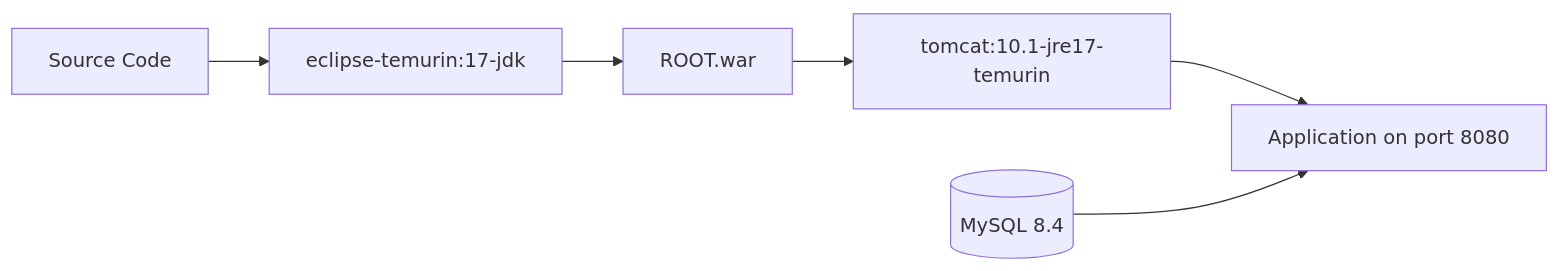
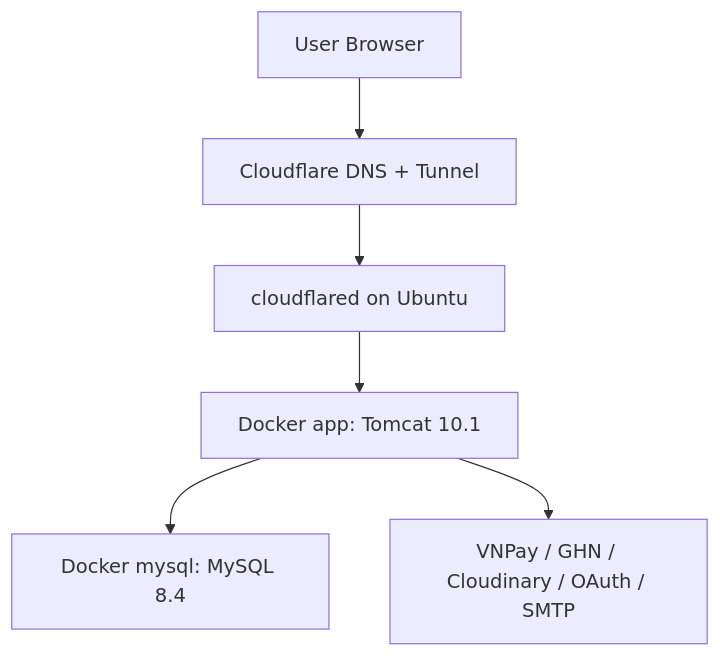
One commit to DucPhat0311/ThucTapWeb-2026 changed the second of 2 diagrams in README.md. Above: the diagram before and after it, drawn with Mermaid. The commit also changed other lines of this file, not shown here.

````diff
--- a/README.md
+++ b/README.md
@@ -368,8 +159,8 @@
 ```mermaid
-flowchart LR
-    Source[Source Code] --> Build[eclipse-temurin:17-jdk]
-    Build --> WAR[ROOT.war]
-    WAR --> Tomcat[tomcat:10.1-jre17-temurin]
-    Tomcat --> App[Application on port 8080]
-    MySQL[(MySQL 8.4)] --> App
+flowchart TD
+    User[User Browser] --> Cloudflare[Cloudflare DNS + Tunnel]
+    Cloudflare --> Cloudflared[cloudflared on Ubuntu]
+    Cloudflared --> Tomcat[Docker app: Tomcat 10.1]
+    Tomcat --> MySQL[Docker mysql: MySQL 8.4]
+    Tomcat --> External[VNPay / GHN / Cloudinary / OAuth / SMTP]
 ```
````
